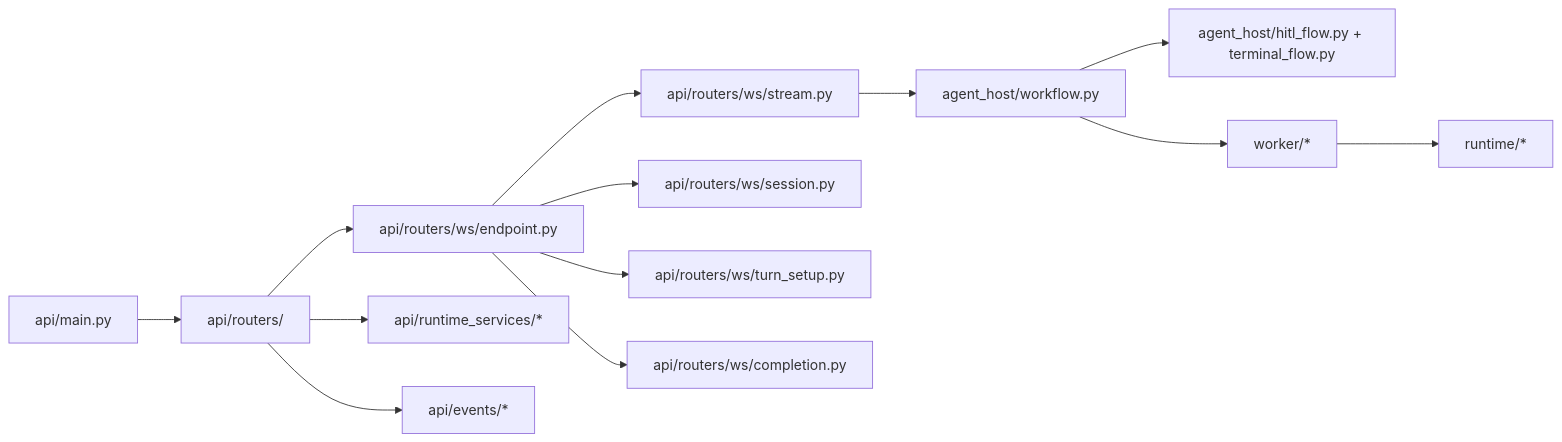
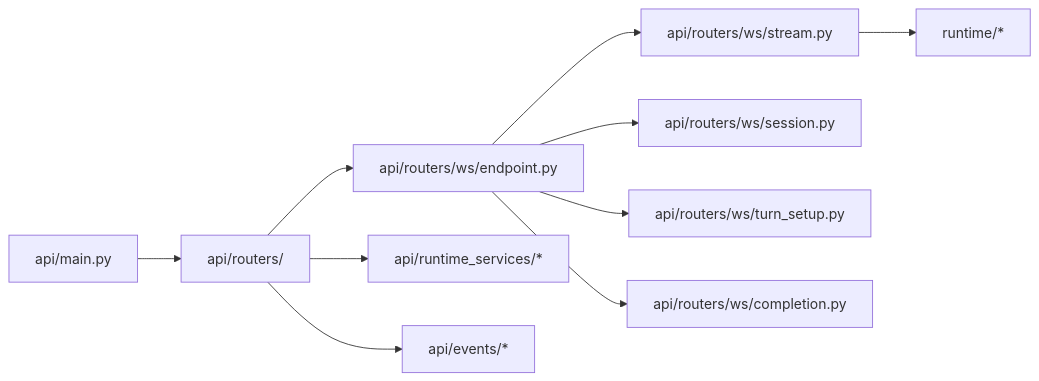
The third of 3 diagrams in docs/reference/module-map.md (Qredence/fleet-rlm), drawn with Mermaid before and after one commit. The commit also changed other lines of this file and 8 other files, not shown here.

````diff
--- a/docs/reference/module-map.md
+++ b/docs/reference/module-map.md
@@ -63,29 +59,23 @@
 ```mermaid
 graph LR
     APP["api/main.py"]
     ROUTERS["api/routers/"]
     WS_ENDPOINT["api/routers/ws/endpoint.py"]
     WS_STREAM["api/routers/ws/stream.py"]
     WS_SESSION["api/routers/ws/session.py"]
     WS_TURN_SETUP["api/routers/ws/turn_setup.py"]
     WS_COMPLETION["api/routers/ws/completion.py"]
     RUNTIME_SERVICES["api/runtime_services/*"]
     EVENTS["api/events/*"]
-    HOST_WORKFLOW["agent_host/workflow.py"]
-    HOST_POLICY["agent_host/hitl_flow.py + terminal_flow.py"]
-    WORKER["worker/*"]
     RUNTIME["runtime/*"]
 
     APP --> ROUTERS
     ROUTERS --> WS_ENDPOINT
     ROUTERS --> RUNTIME_SERVICES
     ROUTERS --> EVENTS
     WS_ENDPOINT --> WS_STREAM
     WS_ENDPOINT --> WS_SESSION
     WS_ENDPOINT --> WS_TURN_SETUP
     WS_ENDPOINT --> WS_COMPLETION
-    WS_STREAM --> HOST_WORKFLOW
-    HOST_WORKFLOW --> HOST_POLICY
-    HOST_WORKFLOW --> WORKER
-    WORKER --> RUNTIME
+    WS_STREAM --> RUNTIME
 ```
````
